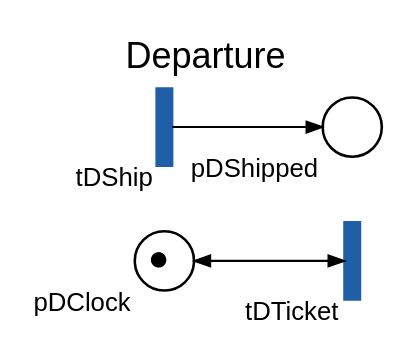
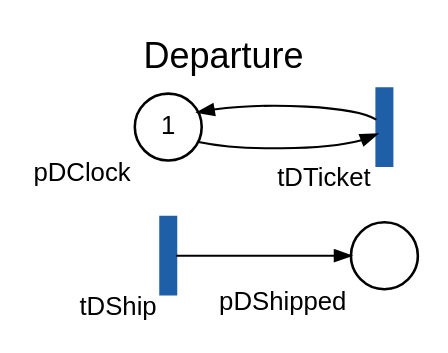
Before and after one commit to DanyGoT/DAT530-Project: the diagram in figures/nets/departure.dot, drawn with Graphviz. The commit also changed 21 other files, not shown here.

First line of the commit message:
feat(figures): net drawings made from the PDFs (net_dot)

```diff
--- a/figures/nets/departure.dot
+++ b/figures/nets/departure.dot
@@ -1,21 +1,16 @@
-// Departure module (modules/departure/departure_pdf.m)
-// Circles: places. Bars: transitions, blue = port. Double-headed arc: the
-// transition takes the token and puts it back (self-loop).
+// Departure module, made by analysis/net_dot.m from departure_pdf.m.
 digraph Departure {
-  rankdir=LR; nodesep=0.35; ranksep=0.7; forcelabels=true;
+  rankdir=LR; nodesep=0.3; ranksep=0.8; forcelabels=true;
   label="Departure"; labelloc=t; fontname="Helvetica"; fontsize=14;
   node [fontname="Helvetica", fontsize=10, label=""];
   edge [arrowsize=0.6, penwidth=0.8];
-
-  node [shape=circle, fixedsize=true, width=0.32];
-  pDClock   [xlabel="pDClock", label=<<font point-size="14">●</font>>];
-  pDShipped [xlabel="pDShipped"];
-
-  node [shape=box, style=filled, fixedsize=true, width=0.08, height=0.42,
-        color="#1f5fa8", fillcolor="#1f5fa8"];
-  { rank=min; tDShip   [xlabel="tDShip"]; }
-  { rank=max; tDTicket [xlabel="tDTicket"]; }
-
-  tDShip -> pDShipped;
-  pDClock -> tDTicket [dir=both];
+  "tDShip" [shape=box, style=filled, fixedsize=true, width=0.08, height=0.42, color="#1f5fa8", fillcolor="#1f5fa8", xlabel="tDShip"];
+  "tDTicket" [shape=box, style=filled, fixedsize=true, width=0.08, height=0.42, color="#1f5fa8", fillcolor="#1f5fa8", xlabel="tDTicket"];
+  { rank=min; "tDShip";  }
+  { rank=max; "tDTicket";  }
+  "pDClock" [shape=circle, fixedsize=true, width=0.36, xlabel="pDClock", label="1"];
+  "pDShipped" [shape=circle, fixedsize=true, width=0.36, xlabel="pDShipped", label=""];
+  "pDClock" -> "tDTicket";
+  "tDTicket" -> "pDClock";
+  "tDShip" -> "pDShipped";
 }
```
